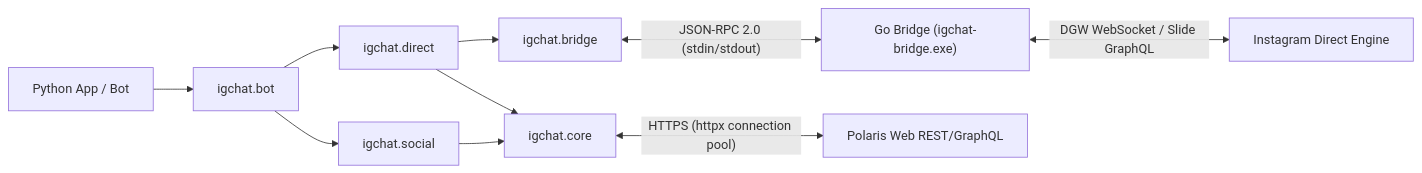
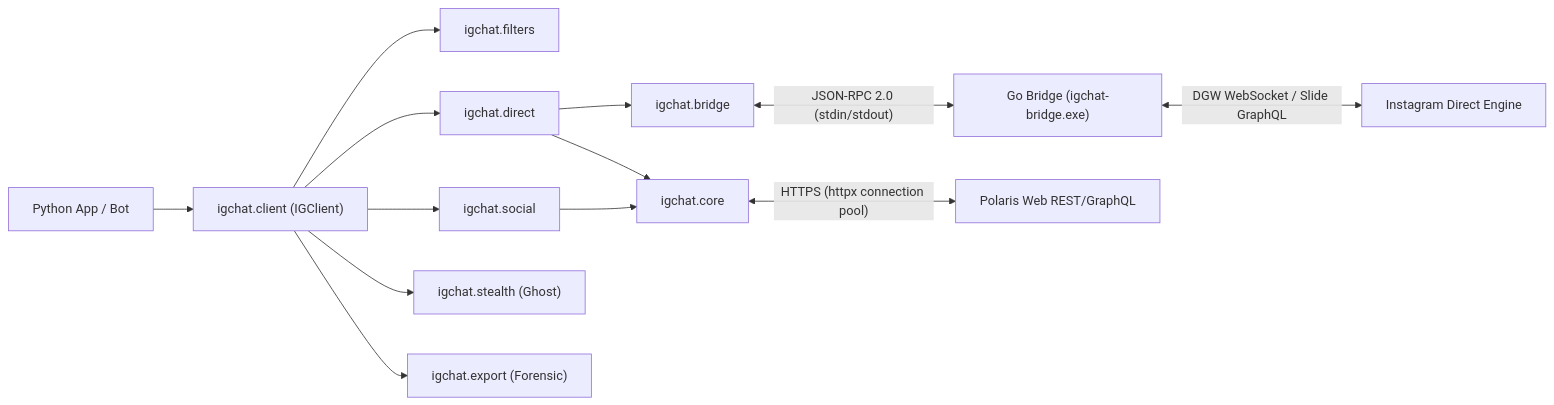
One commit to 0xshijn/igchat-v2 changed the diagram in README_EN.md. Above: the diagram before and after it, drawn with Mermaid. The commit also changed other lines of this file and 1 other file, not shown here.

Commit message:
docs: synchronize README and README_EN for v3.1.0 release with PyPI badges and Ghost mode

````diff
--- a/README_EN.md
+++ b/README_EN.md
@@ -75,14 +92,17 @@
 ```mermaid
 flowchart LR
-    App["Python App / Bot"] --> BotMod["igchat.bot"]
-    BotMod --> DirectMod["igchat.direct"]
-    BotMod --> SocialMod["igchat.social"]
+    App["Python App / Bot"] --> ClientMod["igchat.client (IGClient)"]
+    ClientMod --> FilterMod["igchat.filters"]
+    ClientMod --> DirectMod["igchat.direct"]
+    ClientMod --> SocialMod["igchat.social"]
+    ClientMod --> StealthMod["igchat.stealth (Ghost)"]
+    ClientMod --> ExportMod["igchat.export (Forensic)"]
 
     DirectMod --> BridgeMod["igchat.bridge"]
     DirectMod --> CoreMod["igchat.core"]
     SocialMod --> CoreMod
     
     BridgeMod <-->|"JSON-RPC 2.0 (stdin/stdout)"| BridgeGo["Go Bridge (igchat-bridge.exe)"]
     BridgeGo <-->|"DGW WebSocket / Slide GraphQL"| IGDirect["Instagram Direct Engine"]
     CoreMod <-->|"HTTPS (httpx connection pool)"| IGRest["Polaris Web REST/GraphQL"]
 ```
````
